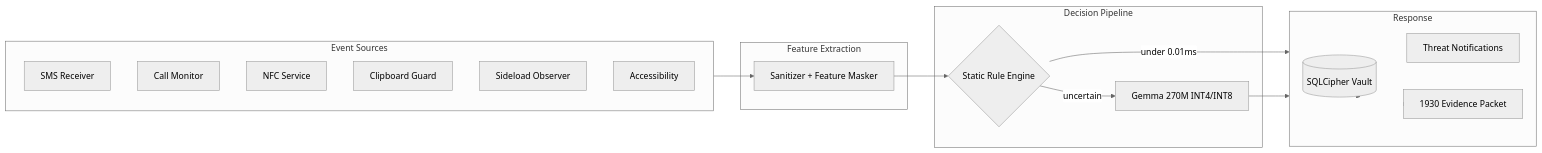
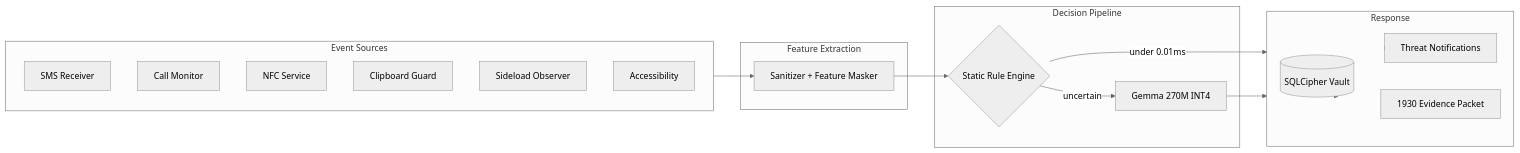
The diagram in README.md (RABNEER/Cipher), drawn with Mermaid (neutral theme) before and after one commit. The commit also changed 9 other files, not shown here.

````diff
--- a/README.md
+++ b/README.md
@@ -85,27 +85,27 @@
 ```mermaid
 flowchart LR
     subgraph S["Event Sources"]
         E1[SMS Receiver]
         E2[Call Monitor]
         E3[NFC Service]
         E4[Clipboard Guard]
         E5[Sideload Observer]
         E6[Accessibility]
     end
     subgraph P["Feature Extraction"]
         H[Sanitizer + Feature Masker]
     end
     subgraph D["Decision Pipeline"]
         R{Static Rule Engine}
-        G[Gemma 270M INT4/INT8]
+        G[Gemma 270M INT4]
     end
     subgraph O["Response"]
         T[(SQLCipher Vault)]
         N[Threat Notifications]
         X[1930 Evidence Packet]
     end
     S --> H --> R
     R -- "under 0.01ms" --> O
     R -- "uncertain" --> G --> O
     O --> T & N & X
 ```
````
